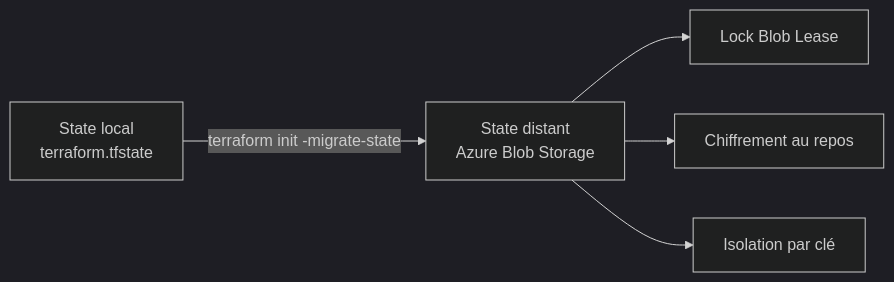
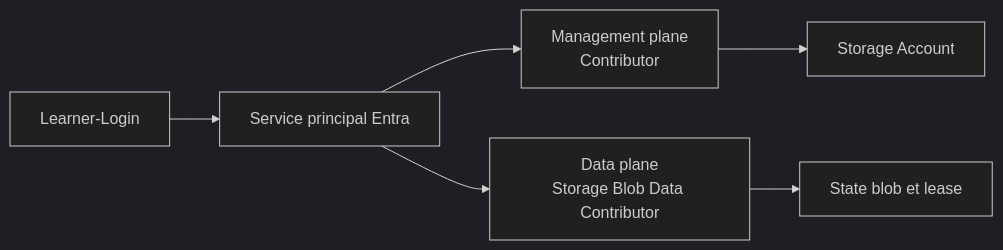
One commit to msellamiTN/Snowflake-terraform changed the sixth of 9 diagrams in courses/day-01/module-02-state-management/lab.md. Above: the diagram before and after it, drawn with Mermaid (dark theme). The commit also changed other lines of this file and 34 other files, not shown here.

````diff
--- a/courses/day-01/module-02-state-management/lab.md
+++ b/courses/day-01/module-02-state-management/lab.md
@@ -18,7 +690,8 @@
 ```mermaid
 flowchart LR
-    A[State local<br/>terraform.tfstate] -->|terraform init -migrate-state| B[State distant<br/>Azure Blob Storage]
-    B --> C[Lock Blob Lease]
-    B --> D[Chiffrement au repos]
-    B --> E[Isolation par clé]
+    LOGIN[Learner-Login] --> SP[Service principal Entra]
+    SP --> MGMT[Management plane<br/>Contributor]
+    SP --> DATA[Data plane<br/>Storage Blob Data Contributor]
+    MGMT --> SA[Storage Account]
+    DATA --> BLOB[State blob et lease]
 ```
````
